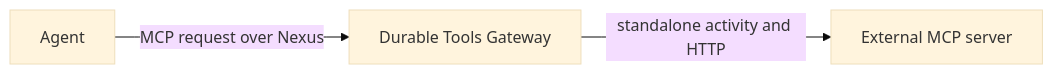
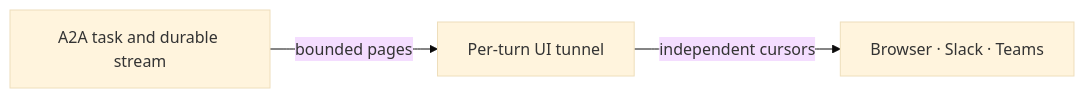
Before and after one commit to temporal-community/temporal-agent-harness: the third of 7 diagrams in examples/nexus_hello/README.md, drawn with Mermaid (base theme). The commit also changed other lines of this file and 4 other files, not shown here.

````diff
--- a/examples/nexus_hello/README.md
+++ b/examples/nexus_hello/README.md
@@ -131,5 +113,5 @@
 ```mermaid
 flowchart LR
-    Agent -->|MCP request over Nexus| Gateway[Durable Tools Gateway]
-    Gateway -->|standalone activity and HTTP| MCP[External MCP server]
+    Agent[A2A task and durable stream] -->|bounded pages| Tunnel[Per-turn UI tunnel]
+    Tunnel -->|independent cursors| Drivers[Browser · Slack · Teams]
 ```
````
